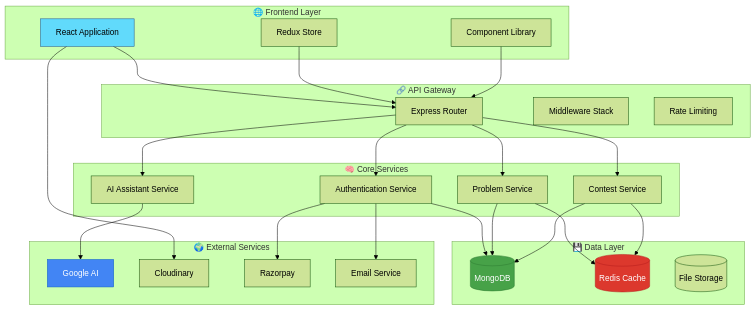
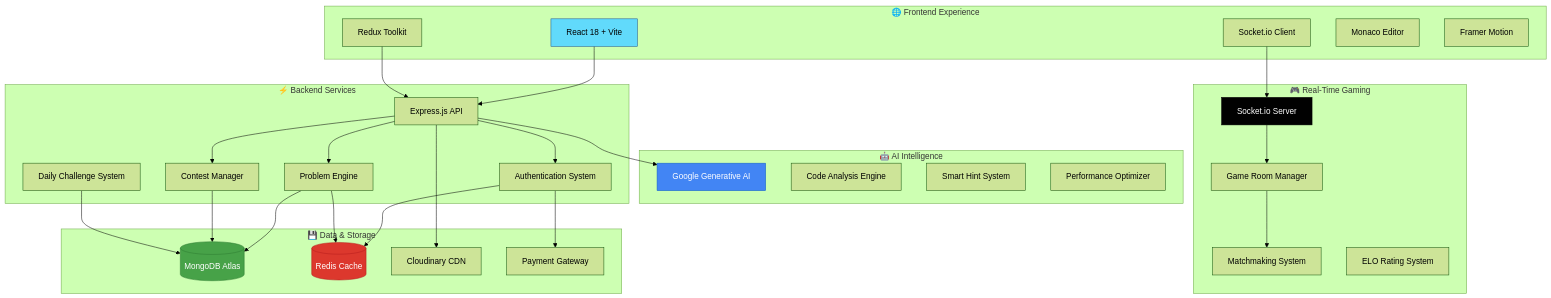
The diagram in README.md (mostakin5290/codeMasti), drawn with Mermaid (forest theme) before and after one commit. The commit also changed other lines of this file and 17 other files, not shown here.

````diff
--- a/README.md
+++ b/README.md
@@ -144,56 +72,62 @@
 ```mermaid
 graph TB
-    subgraph "🌐 Frontend Layer"
-        A[React Application]
-        B[Redux Store]
-        C[Component Library]
+    subgraph "🌐 Frontend Experience"
+        A[React 18 + Vite]
+        B[Redux Toolkit]
+        C[Socket.io Client]
+        D[Monaco Editor]
+        E[Framer Motion]
     end
     
-    subgraph "🔗 API Gateway"
-        D[Express Router]
-        E[Middleware Stack]
-        F[Rate Limiting]
+    subgraph "🎮 Real-Time Gaming"
+        F[Socket.io Server]
+        G[Game Room Manager]
+        H[Matchmaking System]
+        I[ELO Rating System]
     end
     
-    subgraph "🧠 Core Services"
-        G[Authentication Service]
-        H[Problem Service]
-        I[Contest Service]
-        J[AI Assistant Service]
+    subgraph "🤖 AI Intelligence"
+        J[Google Generative AI]
+        K[Code Analysis Engine]
+        L[Smart Hint System]
+        M[Performance Optimizer]
     end
     
-    subgraph "💾 Data Layer"
-        K[(MongoDB)]
-        L[(Redis Cache)]
-        M[(File Storage)]
+    subgraph "⚡ Backend Services"
+        N[Express.js API]
+        O[Authentication System]
+        P[Problem Engine]
+        Q[Contest Manager]
+        R[Daily Challenge System]
     end
     
-    subgraph "🌍 External Services"
-        N[Google AI]
-        O[Cloudinary]
-        P[Razorpay]
-        Q[Email Service]
+    subgraph "💾 Data & Storage"
+        S[(MongoDB Atlas)]
+        T[(Redis Cache)]
+        U[Cloudinary CDN]
+        V[Payment Gateway]
     end
     
-    A --> D
-    B --> D
-    C --> D
-    D --> G
-    D --> H
-    D --> I
-    D --> J
-    G --> K
-    H --> K
-    I --> K
-    J --> N
-    H --> L
-    I --> L
-    G --> Q
-    A --> O
-    G --> P
+    A --> N
+    B --> N
+    C --> F
+    F --> G
+    G --> H
+    N --> O
+    N --> P
+    N --> Q
+    N --> J
+    P --> S
+    Q --> S
+    O --> T
+    P --> T
+    N --> U
+    O --> V
+    R --> S
     
     style A fill:#61DAFB,stroke:#21538E,color:#000
-    style K fill:#47A248,stroke:#2E7D32,color:#fff
-    style L fill:#DC382D,stroke:#B71C1C,color:#fff
-    style N fill:#4285F4,stroke:#1565C0,color:#fff
+    style F fill:#010101,stroke:#000,color:#fff
+    style J fill:#4285F4,stroke:#1565C0,color:#fff
+    style S fill:#47A248,stroke:#2E7D32,color:#fff
+    style T fill:#DC382D,stroke:#B71C1C,color:#fff
 ```
````
